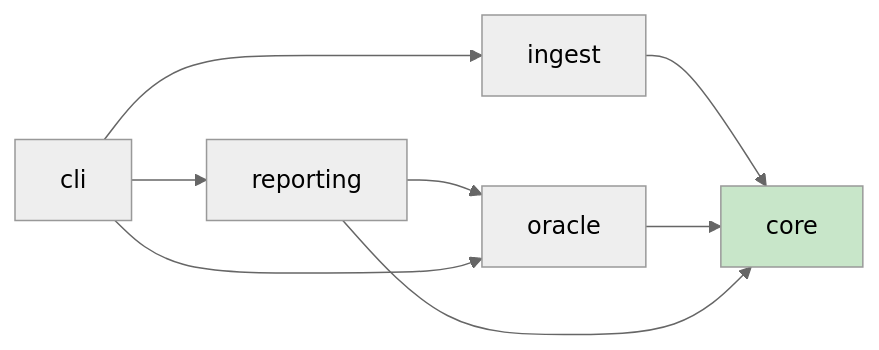
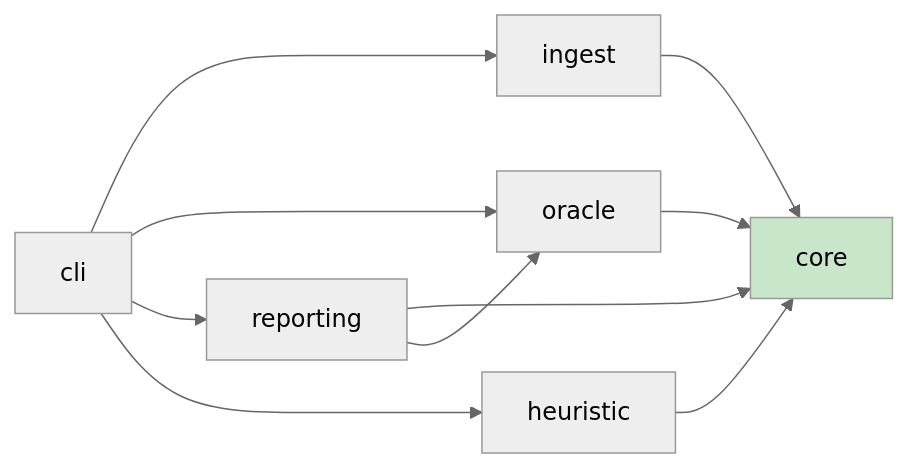
Before and after one commit to openanolis/kvcache-calculator: the third of 3 diagrams in docs/design_guide.md, drawn with Mermaid (neutral theme). The commit also changed other lines of this file and 13 other files, not shown here.

````diff
--- a/docs/design_guide.md
+++ b/docs/design_guide.md
@@ -420,12 +520,14 @@
 ```mermaid
 graph LR
     A["ingest"] --> B["core"]
     C["oracle"] --> B
+    F["heuristic"] --> B
     D["reporting"] --> B
     D --> C
     E["cli"] --> A
     E --> C
     E --> D
+    E --> F
 
     style B fill:#c8e6c9
 ```
````
